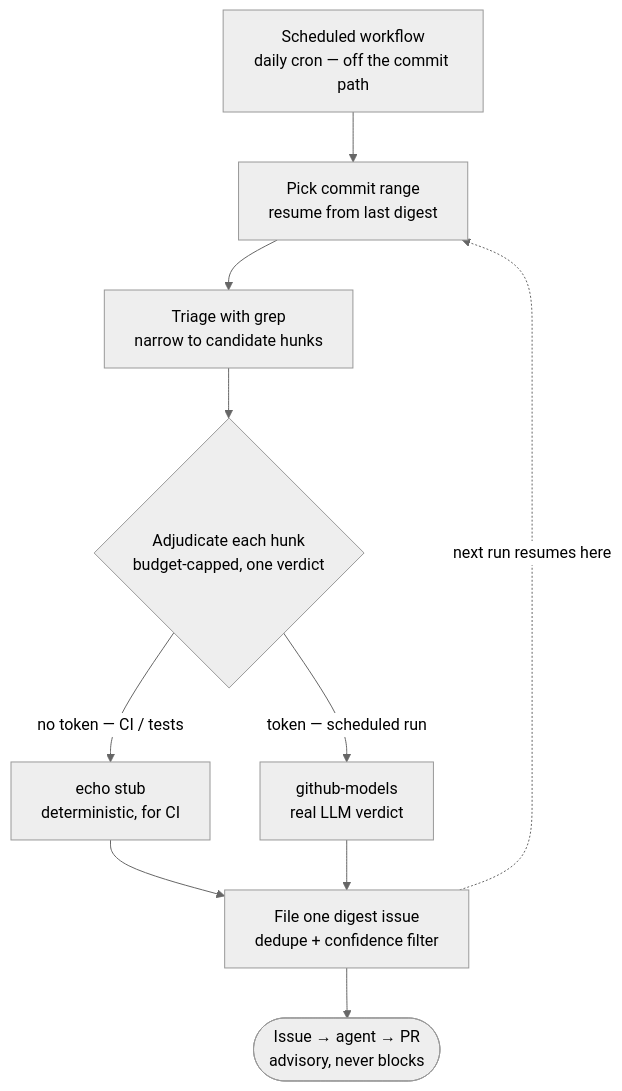
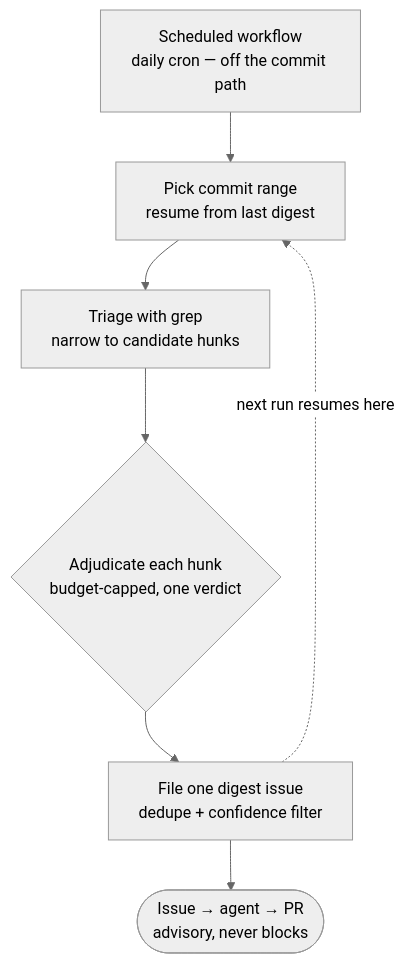
The third of 4 diagrams in README.md (Duaility/governance-kit), drawn with Mermaid (neutral theme) before and after one commit. The commit also changed other lines of this file and 19 other files, not shown here.

````diff
--- a/README.md
+++ b/README.md
@@ -168,19 +287,12 @@
 ```mermaid
 flowchart TD
     W[Scheduled workflow<br/>daily cron — off the commit path]
     P[Pick commit range<br/>resume from last digest]
     T[Triage with grep<br/>narrow to candidate hunks]
     J{Adjudicate each hunk<br/>budget-capped, one verdict}
-    E[echo stub<br/>deterministic, for CI]
-    G[github-models<br/>real LLM verdict]
     D[File one digest issue<br/>dedupe + confidence filter]
     L([Issue → agent → PR<br/>advisory, never blocks])
 
-    W --> P --> T --> J
-    J -->|"no token — CI / tests"| E
-    J -->|"token — scheduled run"| G
-    E --> D
-    G --> D
-    D --> L
+    W --> P --> T --> J --> D --> L
     D -.->|"next run resumes here"| P
 ```
````
